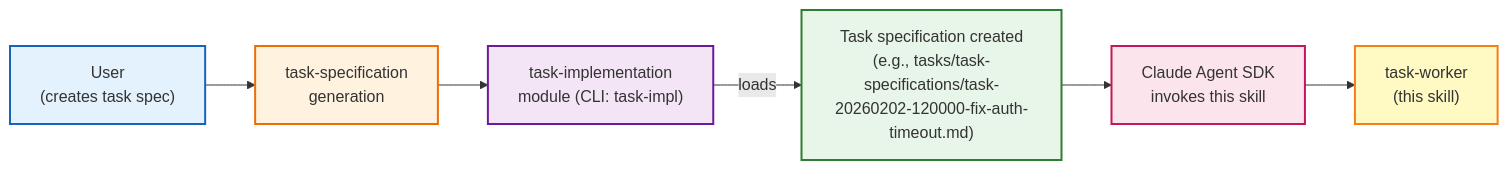
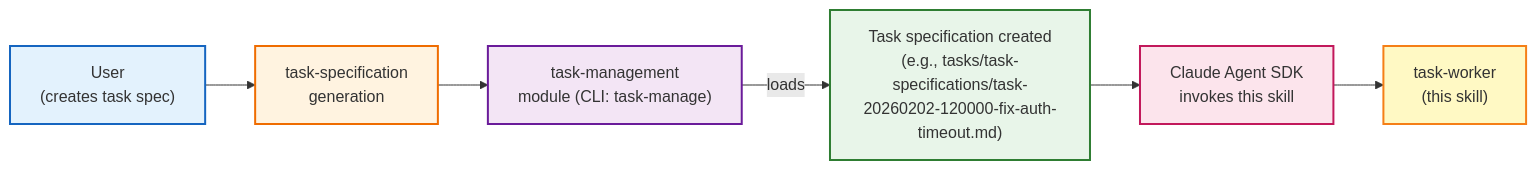
One commit to abcxyzx0099/datachat changed the second of 4 diagrams in .claude/skills/task-worker/SKILL.md. Above: the diagram before and after it, drawn with Mermaid. The commit also changed other lines of this file and 8 other files, not shown here.

First line of the commit message:
feat: migrate from task-management to task-queue

````diff
--- a/.claude/skills/task-worker/SKILL.md
+++ b/.claude/skills/task-worker/SKILL.md
@@ -59,22 +59,22 @@
 ```mermaid
 flowchart LR
     User["User<br/>(creates task spec)"]
     SpecGen["task-specification<br/>generation"]
-    ImplModule["task-implementation<br/>module (CLI: task-impl)"]
+    ImplModule["task-management<br/>module (CLI: task-manage)"]
     SDK["Claude Agent SDK<br/>invokes this skill"]
     Worker["task-worker<br/>(this skill)"]
     Spec["Task specification created<br/>(e.g., tasks/task-specifications/task-20260202-120000-fix-auth-timeout.md)"]
 
     User --> SpecGen
     SpecGen --> ImplModule
     ImplModule -->|loads| Spec
     Spec --> SDK
     SDK --> Worker
 
     style User fill:#e3f2fd,stroke:#1565c0,stroke-width:2px
     style SpecGen fill:#fff3e0,stroke:#ef6c00,stroke-width:2px
     style ImplModule fill:#f3e5f5,stroke:#6a1b9a,stroke-width:2px
     style Spec fill:#e8f5e9,stroke:#2e7d32,stroke-width:2px
     style SDK fill:#fce4ec,stroke:#c2185b,stroke-width:2px
     style Worker fill:#fff9c4,stroke:#f57f17,stroke-width:2px
 ```
````
